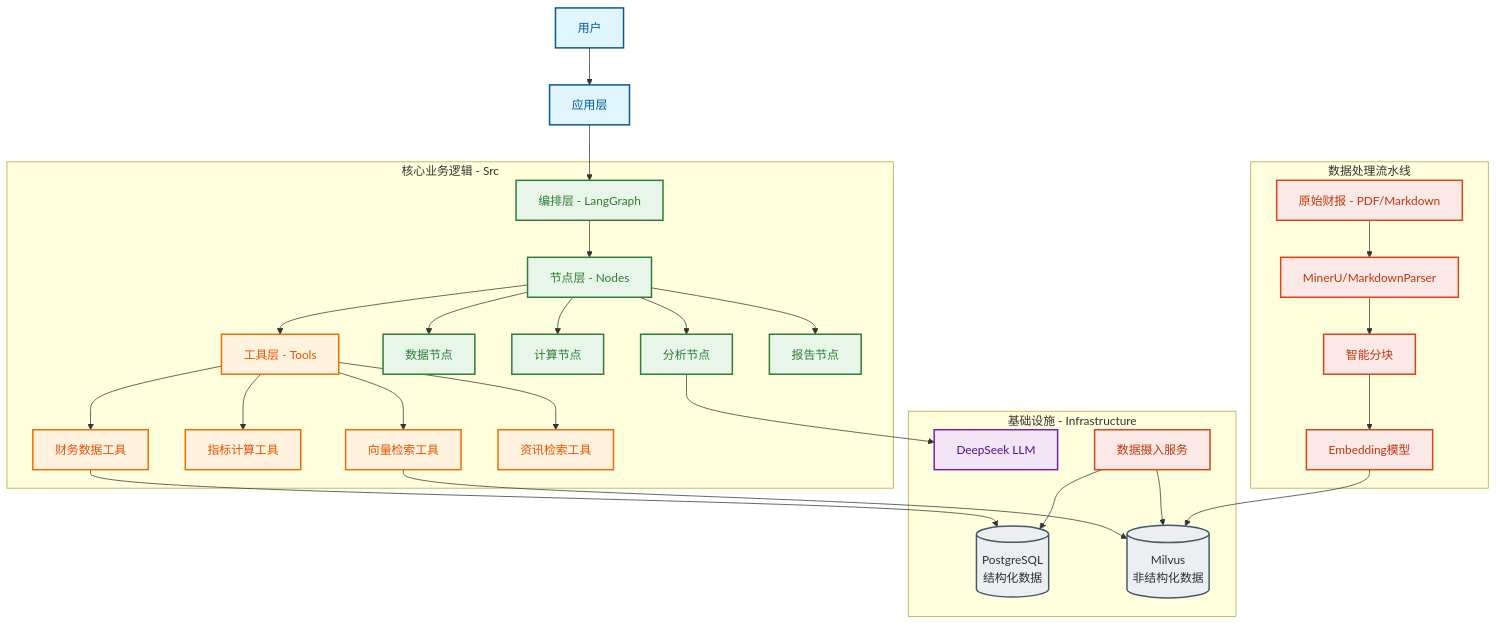
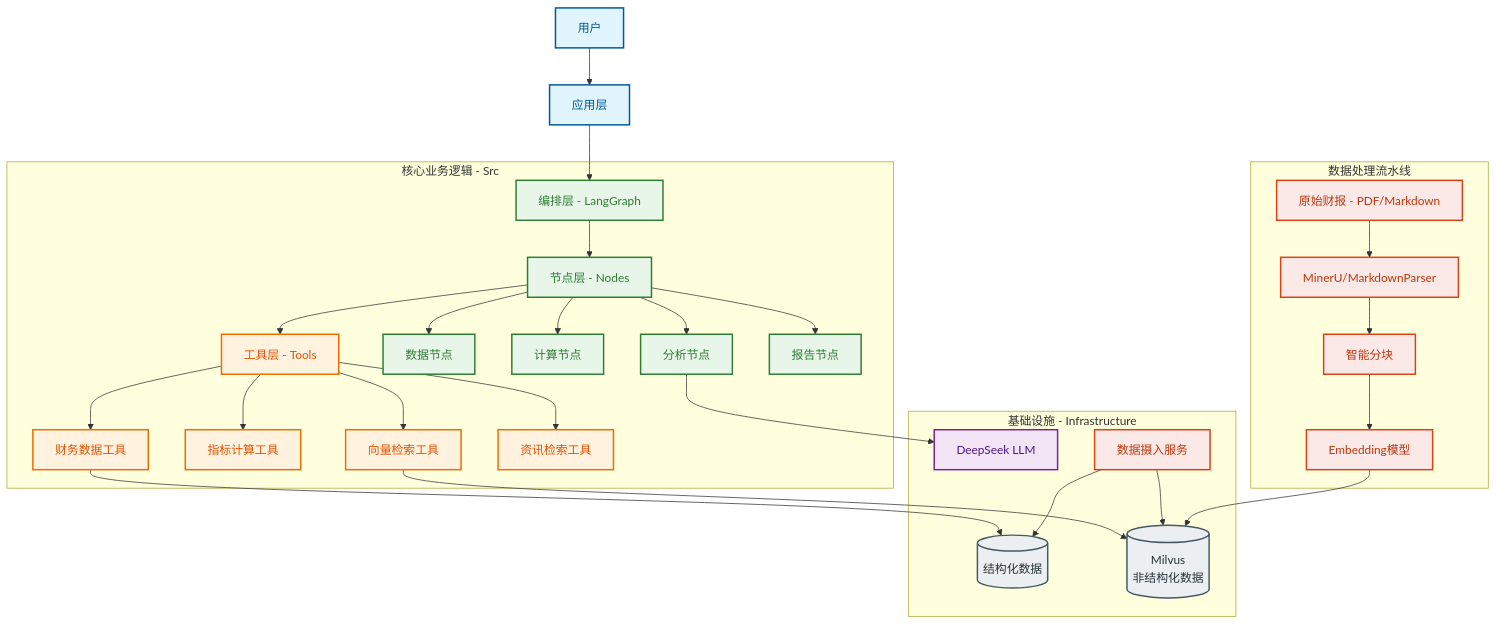
The first of 2 diagrams in docs/作品简介.md (damaohongtu/fin-report-reviewer), drawn with Mermaid before and after one commit.

````diff
--- a/docs/作品简介.md
+++ b/docs/作品简介.md
@@ -9,43 +9,43 @@
 ```mermaid
 graph TD
     %% Style Definitions
     classDef userNode fill:#E1F5FE,stroke:#01579B,stroke-width:2px,color:#01579B;
     classDef coreNode fill:#E8F5E9,stroke:#2E7D32,stroke-width:2px,color:#2E7D32;
     classDef toolNode fill:#FFF3E0,stroke:#EF6C00,stroke-width:2px,color:#E65100;
     classDef infraNode fill:#F3E5F5,stroke:#7B1FA2,stroke-width:2px,color:#4A148C;
     classDef dbNode fill:#ECEFF1,stroke:#455A64,stroke-width:2px,color:#263238;
     classDef pipeNode fill:#FBE9E7,stroke:#D84315,stroke-width:2px,color:#BF360C;
 
     User[用户]:::userNode --> App[应用层]:::userNode
     App --> Workflow[编排层 - LangGraph]:::coreNode
   
     subgraph Core[核心业务逻辑 - Src]
         Workflow --> Nodes[节点层 - Nodes]:::coreNode
         Nodes --> Tools[工具层 - Tools]:::toolNode
   
         Nodes --> DataNode[数据节点]:::coreNode
         Nodes --> CalcNode[计算节点]:::coreNode
         Nodes --> AnalysisNode[分析节点]:::coreNode
         Nodes --> ReportNode[报告节点]:::coreNode
   
         Tools --> FinTool[财务数据工具]:::toolNode
         Tools --> CalcTool[指标计算工具]:::toolNode
         Tools --> VecTool[向量检索工具]:::toolNode
         Tools --> SearchTool[资讯检索工具]:::toolNode
     end
   
     subgraph Infra[基础设施 - Infrastructure]
-        FinTool --> PG[(PostgreSQL<br>结构化数据)]:::dbNode
+        FinTool --> PG[(结构化数据)]:::dbNode
         VecTool --> Milvus[(Milvus<br>非结构化数据)]:::dbNode
         AnalysisNode --> LLM[DeepSeek LLM]:::infraNode
         Ingestion[数据摄入服务]:::pipeNode --> PG
         Ingestion --> Milvus
     end
   
     subgraph Pipeline[数据处理流水线]
         Raw[原始财报 - PDF/Markdown]:::pipeNode --> Parser[MinerU/MarkdownParser]:::pipeNode
         Parser --> Chunker[智能分块]:::pipeNode
         Chunker --> Embed[Embedding模型]:::pipeNode
         Embed --> Milvus
     end
 ```
````
